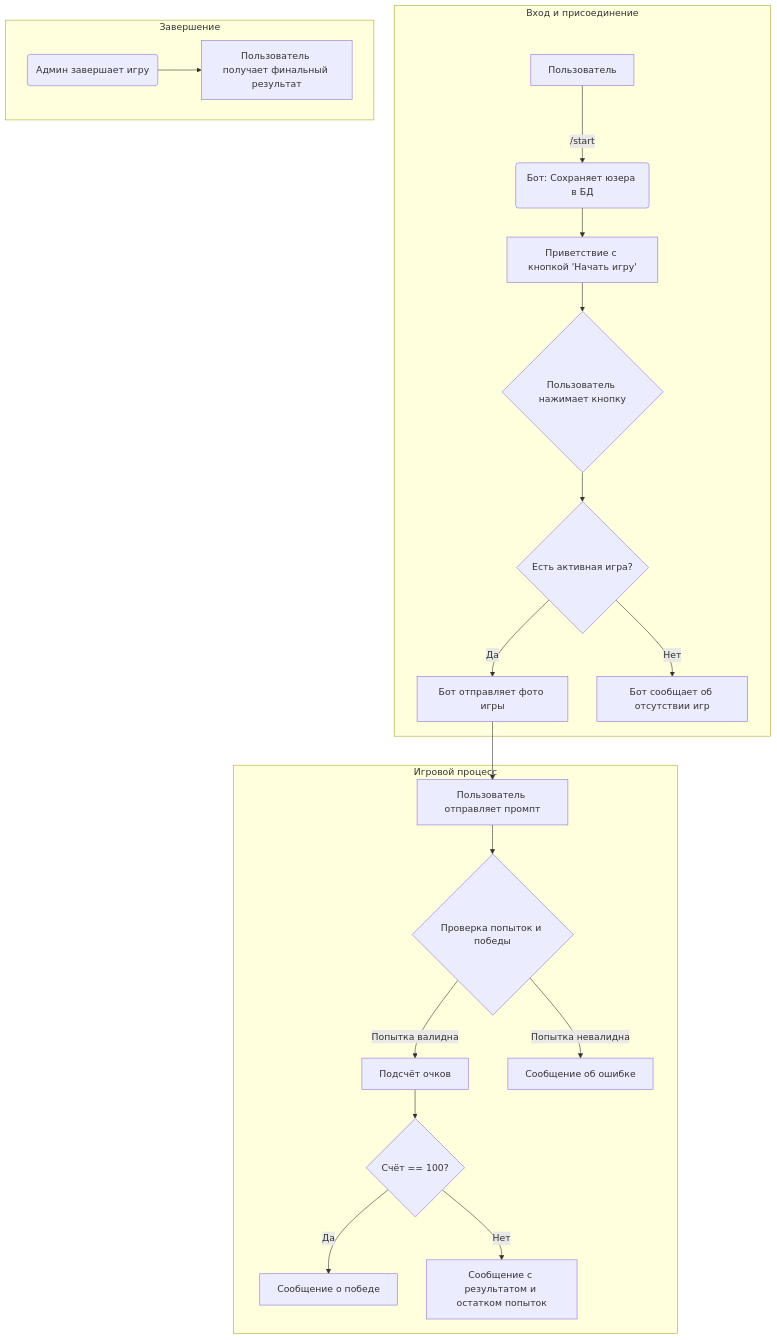
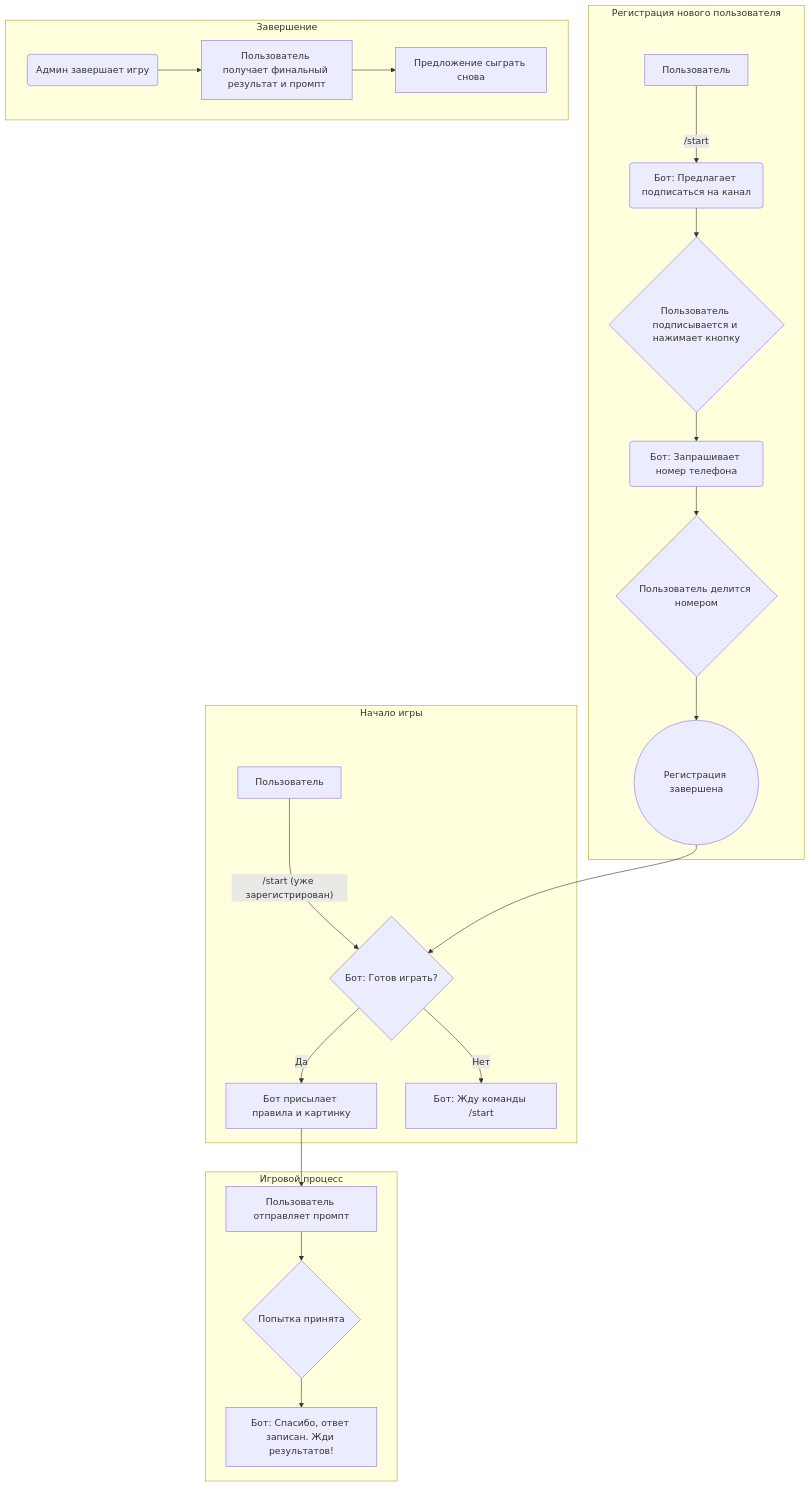
One commit to horv1tz/prompt-battle-tgbot changed the second of 2 diagrams in TZ.md. Above: the diagram before and after it, drawn with Mermaid. The commit also changed other lines of this file and 7 other files, not shown here.

````diff
--- a/TZ.md
+++ b/TZ.md
@@ -73,25 +67,28 @@
 ```mermaid
 graph TD
-    subgraph "Вход и присоединение"
-        A[Пользователь] -- /start --> B(Бот: Сохраняет юзера в БД);
-        B --> C[Приветствие с кнопкой 'Начать игру'];
-        C --> D{Пользователь нажимает кнопку};
-        D --> E{Есть активная игра?};
-        E -- Да --> F[Бот отправляет фото игры];
-        E -- Нет --> G[Бот сообщает об отсутствии игр];
+    subgraph "Регистрация нового пользователя"
+        A[Пользователь] -- /start --> B(Бот: Предлагает подписаться на канал);
+        B --> C{Пользователь подписывается и нажимает кнопку};
+        C --> D(Бот: Запрашивает номер телефона);
+        D --> E{Пользователь делится номером};
+        E --> F((Регистрация завершена));
+    end
+
+    subgraph "Начало игры"
+        G[Пользователь] -- /start (уже зарегистрирован) --> H{Бот: Готов играть?};
+        F --> H;
+        H -- Да --> I[Бот присылает правила и картинку];
+        H -- Нет --> J[Бот: Жду команды /start];
     end
 
     subgraph "Игровой процесс"
-        F --> H[Пользователь отправляет промпт];
-        H --> I{Проверка попыток и победы};
-        I -- Попытка валидна --> J[Подсчёт очков];
-        I -- Попытка невалидна --> K[Сообщение об ошибке];
-        J --> L{Счёт == 100?};
-        L -- Да --> M[Сообщение о победе];
-        L -- Нет --> N[Сообщение с результатом и остатком попыток];
+        I --> K[Пользователь отправляет промпт];
+        K --> L{Попытка принята};
+        L --> M[Бот: Спасибо, ответ записан. Жди результатов!];
     end
     
     subgraph "Завершение"
-        O(Админ завершает игру) --> P[Пользователь получает финальный результат];
+        N(Админ завершает игру) --> O[Пользователь получает финальный результат и промпт];
+        O --> P[Предложение сыграть снова];
     end
 ```
````
